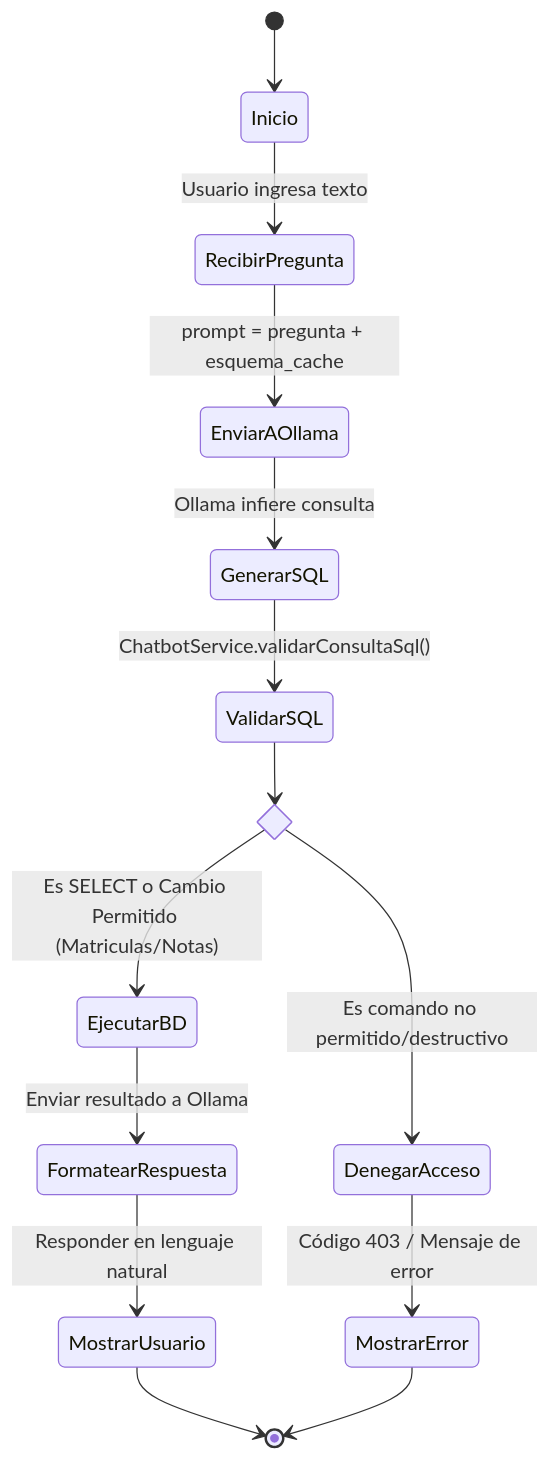
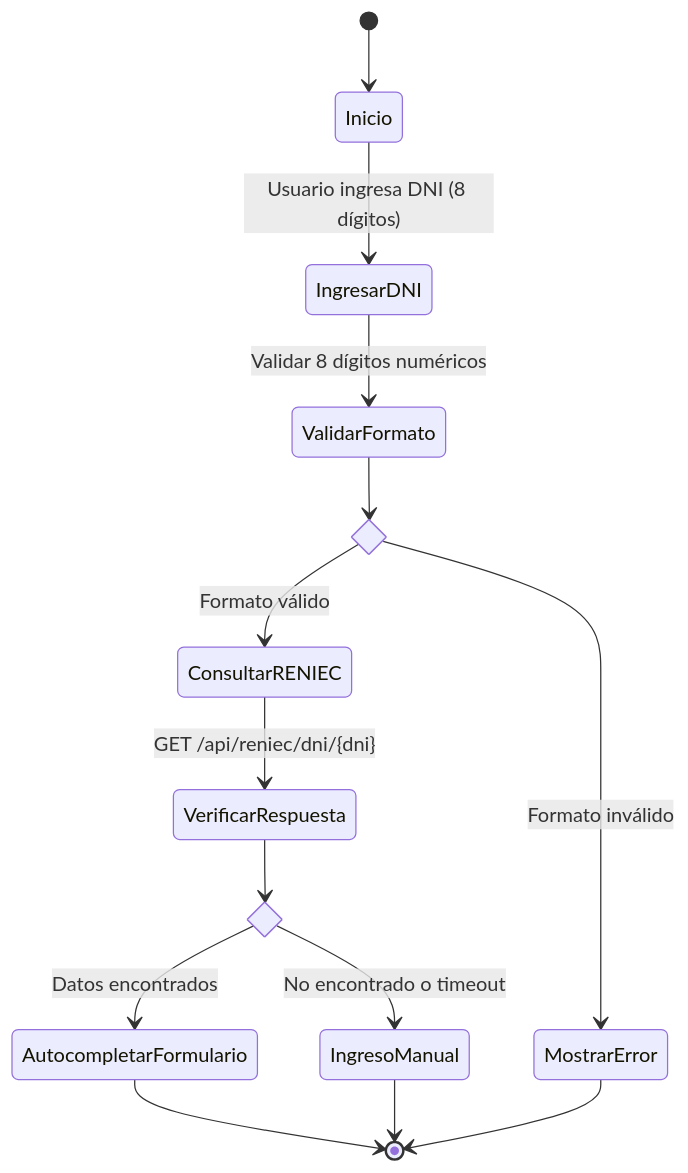
Before and after one commit to Xoryex/Proyecto_Escuela: the fifth of 17 diagrams in Mis_documentos/Informe_ING_Software.md, drawn with Mermaid. The commit also changed other lines of this file and 9 other files, not shown here.

````diff
--- a/Mis_documentos/Informe_ING_Software.md
+++ b/Mis_documentos/Informe_ING_Software.md
@@ -363,17 +363,18 @@
 ```mermaid
 stateDiagram-v2
     [*] --> Inicio
-    Inicio --> RecibirPregunta: Usuario ingresa texto
-    RecibirPregunta --> EnviarAOllama: prompt = pregunta + esquema_cache
-    EnviarAOllama --> GenerarSQL: Ollama infiere consulta
-    GenerarSQL --> ValidarSQL: ChatbotService.validarConsultaSql()
-    state sql_valid_decision <<choice>>
-    ValidarSQL --> sql_valid_decision
-    sql_valid_decision --> EjecutarBD: Es SELECT o Cambio Permitido (Matriculas/Notas)
-    sql_valid_decision --> DenegarAcceso: Es comando no permitido/destructivo
-    EjecutarBD --> FormatearRespuesta: Enviar resultado a Ollama
-    FormatearRespuesta --> MostrarUsuario: Responder en lenguaje natural
-    DenegarAcceso --> MostrarError: Código 403 / Mensaje de error
-    MostrarUsuario --> [*]
+    Inicio --> IngresarDNI: Usuario ingresa DNI (8 dígitos)
+    IngresarDNI --> ValidarFormato: Validar 8 dígitos numéricos
+    state formato_decision <<choice>>
+    ValidarFormato --> formato_decision
+    formato_decision --> ConsultarRENIEC: Formato válido
+    formato_decision --> MostrarError: Formato inválido
+    ConsultarRENIEC --> VerificarRespuesta: GET /api/reniec/dni/{dni}
+    state reniec_decision <<choice>>
+    VerificarRespuesta --> reniec_decision
+    reniec_decision --> AutocompletarFormulario: Datos encontrados
+    reniec_decision --> IngresoManual: No encontrado o timeout
+    AutocompletarFormulario --> [*]
+    IngresoManual --> [*]
     MostrarError --> [*]
 ```
````
